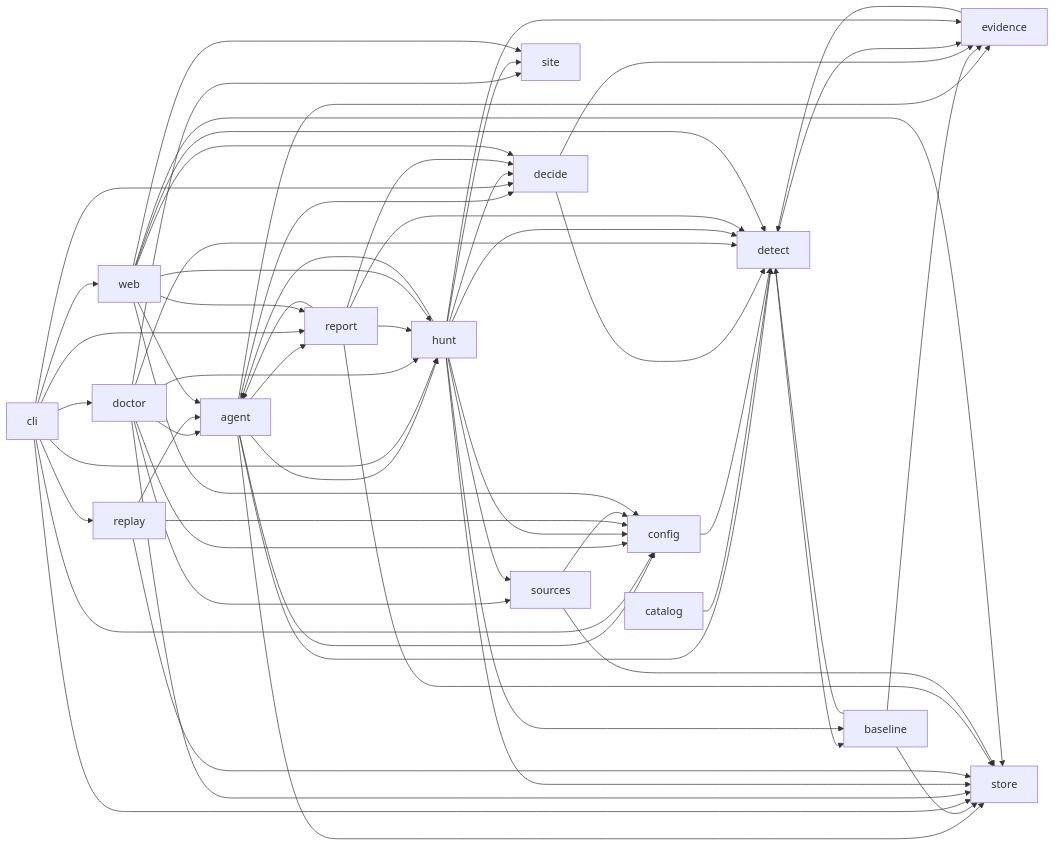
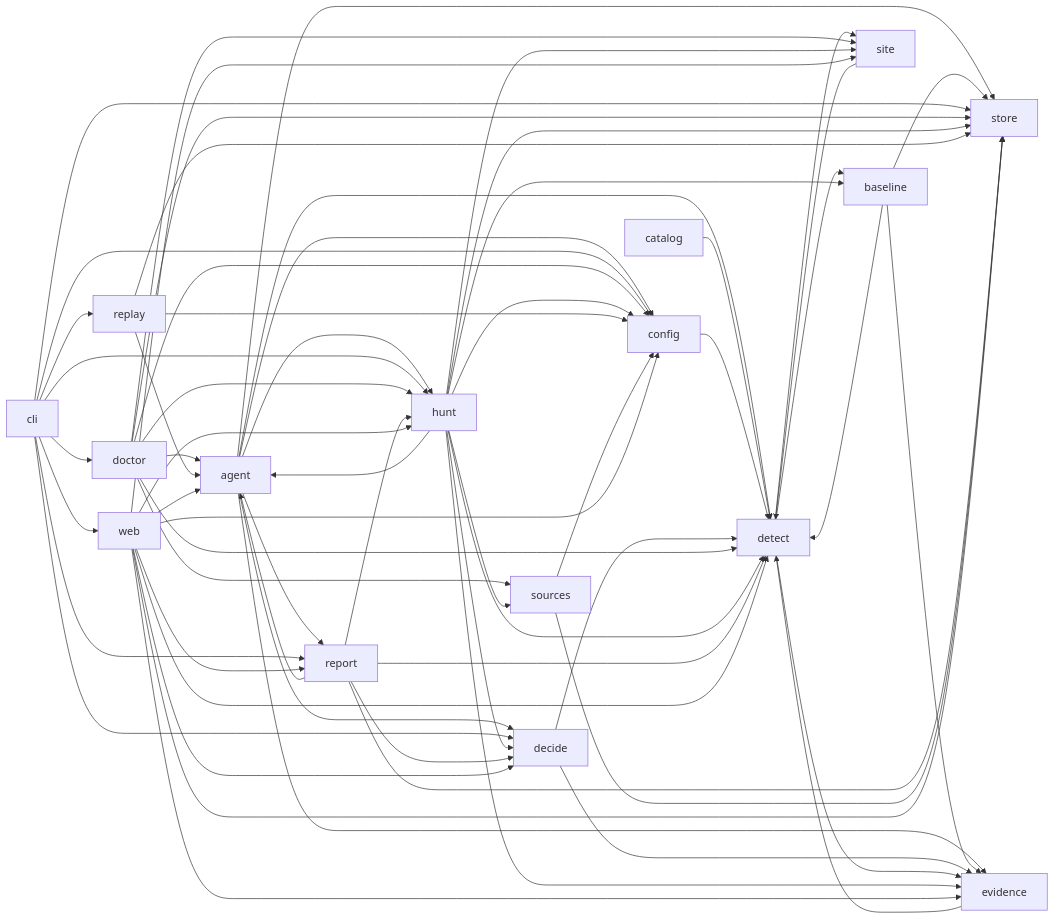
One commit to nickthabib-cloud/ROMULUS changed the diagram in docs/architecture/MODULE_MAP.md. Above: the diagram before and after it, drawn with Mermaid. The commit also changed other lines of this file and 2 other files, not shown here.

Commit message:
chore(site): lint fixes and regenerated module map

````diff
--- a/docs/architecture/MODULE_MAP.md
+++ b/docs/architecture/MODULE_MAP.md
@@ -152,62 +153,65 @@
 ```mermaid
 graph LR
   agent --> config
   agent --> decide
   agent --> detect
   agent --> evidence
   agent --> hunt
   agent --> report
   agent --> store
   baseline --> detect
   baseline --> evidence
   baseline --> store
   catalog --> detect
   cli --> config
   cli --> decide
   cli --> doctor
   cli --> hunt
   cli --> replay
   cli --> report
   cli --> store
   cli --> web
   config --> detect
   decide --> detect
   decide --> evidence
   detect --> baseline
   detect --> evidence
+  detect --> site
   doctor --> agent
   doctor --> config
   doctor --> detect
   doctor --> hunt
   doctor --> site
   doctor --> sources
   doctor --> store
   evidence --> detect
   hunt --> agent
   hunt --> baseline
   hunt --> config
   hunt --> decide
   hunt --> detect
   hunt --> evidence
   hunt --> site
   hunt --> sources
   hunt --> store
   replay --> agent
   replay --> config
   replay --> store
   report --> agent
   report --> decide
   report --> detect
   report --> hunt
   report --> store
+  site --> detect
   sources --> config
   sources --> store
   web --> agent
   web --> config
   web --> decide
   web --> detect
+  web --> evidence
   web --> hunt
   web --> report
   web --> site
   web --> store
 ```
````
